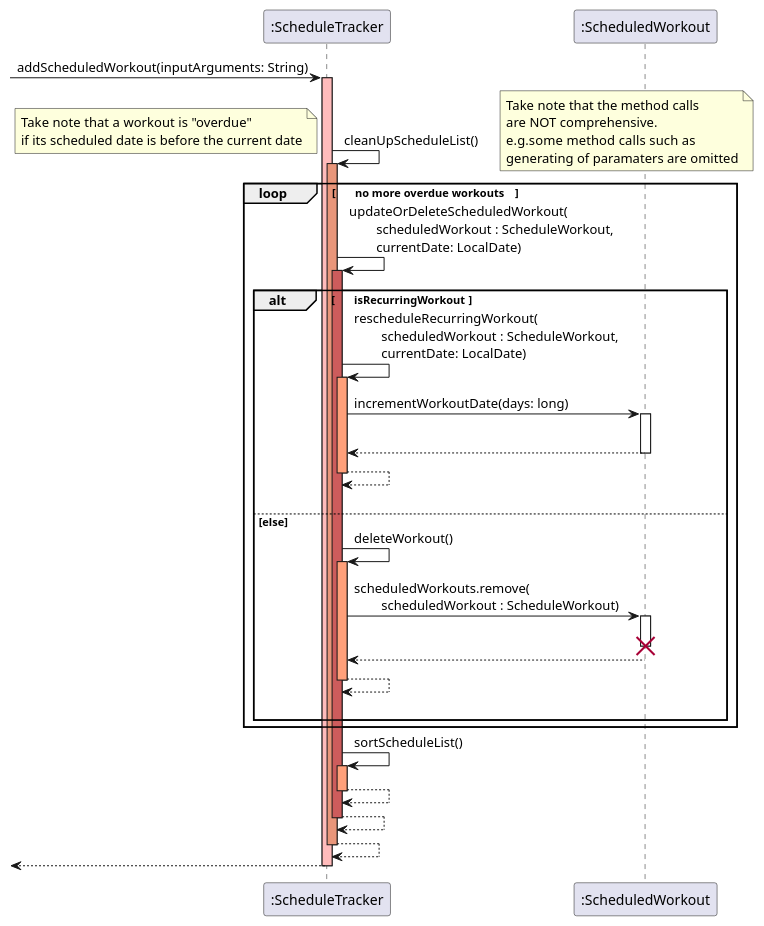
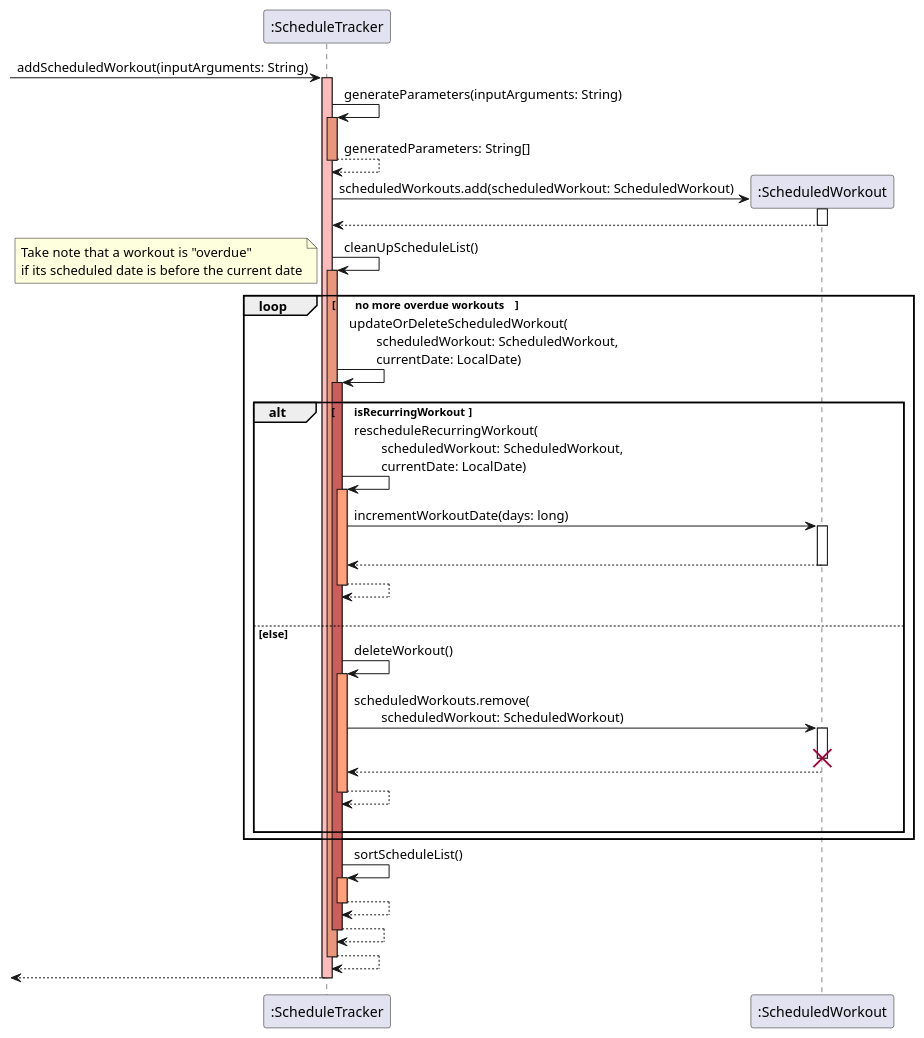
The diagram in diagrams/ScheduleTracker_add_sequence.puml (teoziyiivy/tp), drawn with PlantUML before and after one commit. The commit also changed 2 other files, not shown here.

Commit message:
Tweak UML diagram

```diff
--- a/diagrams/ScheduleTracker_add_sequence.puml
+++ b/diagrams/ScheduleTracker_add_sequence.puml
@@ -1,46 +1,55 @@
 @startuml
 'https://plantuml.com/sequence-diagram
 participant ":ScheduleTracker"
-participant ":ScheduledWorkout"
 
 ->":ScheduleTracker" : addScheduledWorkout(inputArguments: String)
 activate ":ScheduleTracker" #FFBBBB
 
+":ScheduleTracker"->":ScheduleTracker" : generateParameters(inputArguments: String)
+activate ":ScheduleTracker" #DarkSalmon
+return generatedParameters: String[]
+
+create ":ScheduledWorkout"
+":ScheduleTracker"->":ScheduledWorkout" : scheduledWorkouts.add(scheduledWorkout: ScheduledWorkout)
+activate ":ScheduledWorkout"
+":ScheduledWorkout"-->":ScheduleTracker"
+deactivate ":ScheduledWorkout"
+
 ":ScheduleTracker"->":ScheduleTracker" : cleanUpScheduleList()
-note right: Take note that the method calls \nare NOT comprehensive. \ne.g.some  method calls such as \ngenerating of paramaters are omitted
+
 activate ":ScheduleTracker" #DarkSalmon
 
 loop \tno more overdue workouts\t
     note left : Take note that a workout is "overdue" \nif its scheduled date is before the current date
-    ":ScheduleTracker"->":ScheduleTracker" : updateOrDeleteScheduledWorkout(\n\tscheduledWorkout : ScheduleWorkout,\n\tcurrentDate: LocalDate)
+    ":ScheduleTracker"->":ScheduleTracker" : updateOrDeleteScheduledWorkout(\n\tscheduledWorkout: ScheduledWorkout,\n\tcurrentDate: LocalDate)
     activate ":ScheduleTracker" #IndianRed
     alt \tisRecurringWorkout\t
-        ":ScheduleTracker"->":ScheduleTracker" : rescheduleRecurringWorkout(\n\tscheduledWorkout : ScheduleWorkout,\n\tcurrentDate: LocalDate)
+        ":ScheduleTracker"->":ScheduleTracker" : rescheduleRecurringWorkout(\n\tscheduledWorkout: ScheduledWorkout,\n\tcurrentDate: LocalDate)
         activate ":ScheduleTracker" #LightSalmon
         ":ScheduleTracker"->":ScheduledWorkout" : incrementWorkoutDate(days: long)
         |||
         activate ":ScheduledWorkout"
         return
         return
         |||
     else else
         ":ScheduleTracker"->":ScheduleTracker" : deleteWorkout()
         activate ":ScheduleTracker" #LightSalmon
-        ":ScheduleTracker"->":ScheduledWorkout" : scheduledWorkouts.remove(\n\tscheduledWorkout : ScheduleWorkout)
+        ":ScheduleTracker"->":ScheduledWorkout" : scheduledWorkouts.remove(\n\tscheduledWorkout: ScheduledWorkout)
         activate ":ScheduledWorkout"
         destroy ":ScheduledWorkout"
         return
         return
         |||
     end
 end
 
 ":ScheduleTracker"->":ScheduleTracker" : sortScheduleList()
 activate ":ScheduleTracker" #LightSalmon
 return
 
 return
 return
 return
 
 @enduml
```
